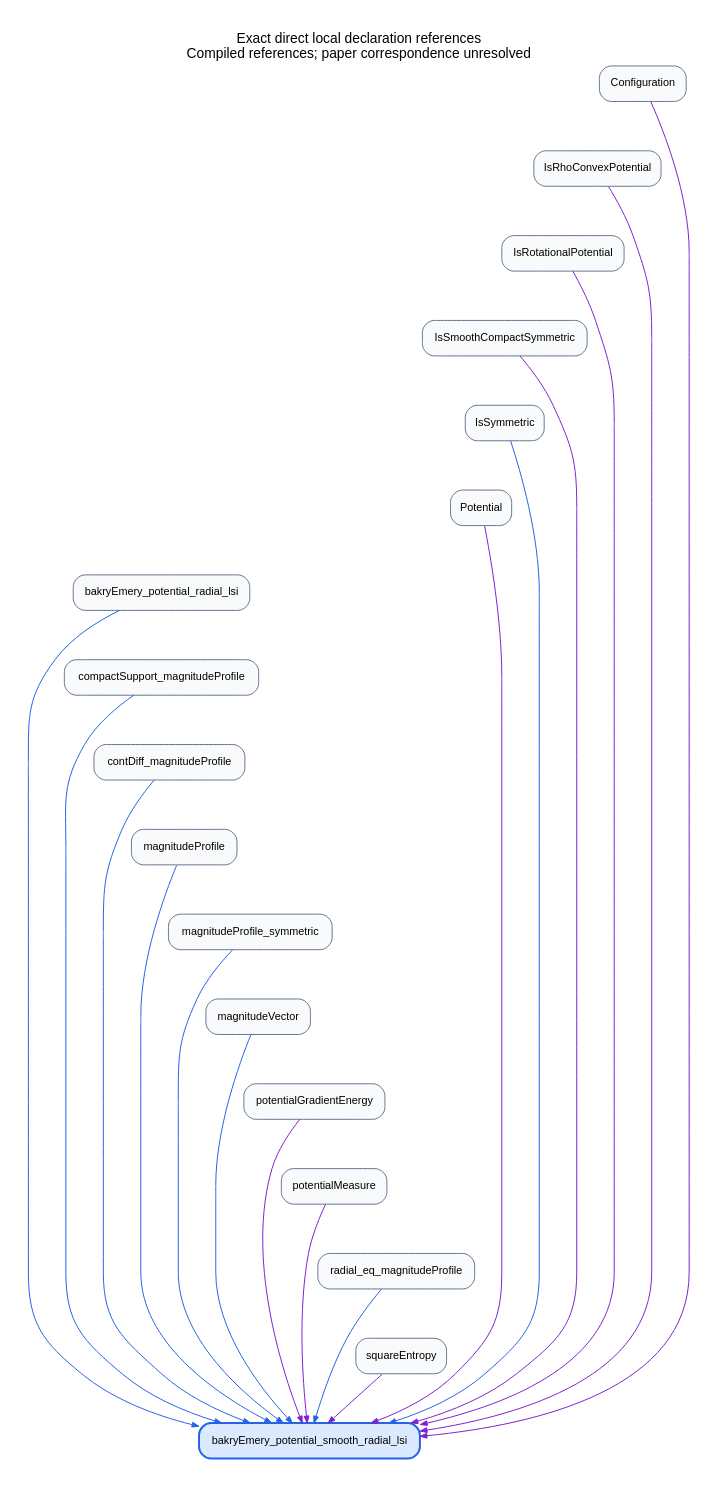
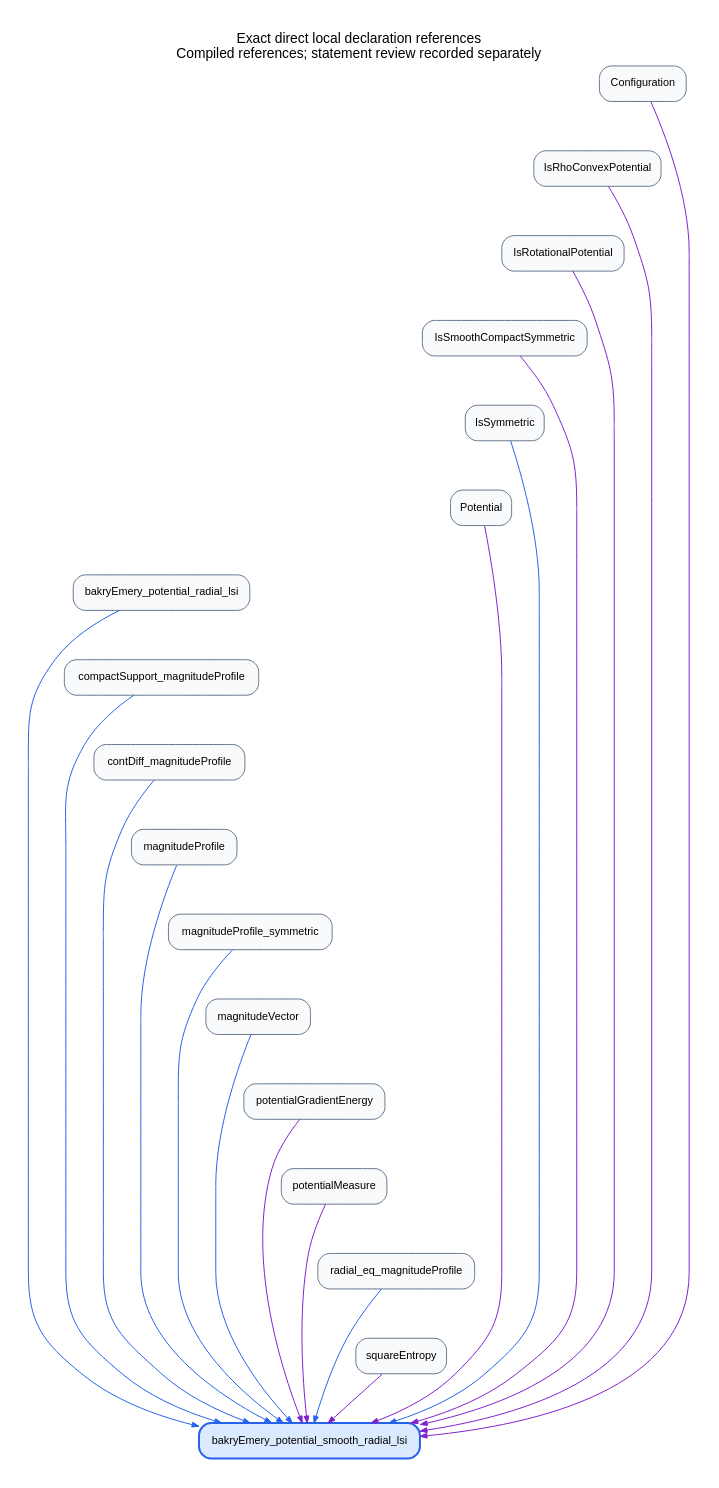
One commit to djalilchafai/ginibre-poincare changed the diagram in diagrams/formal-bakryEmery_potential_smooth_radial_lsi.dot. Above: the diagram before and after it, drawn with Graphviz. The commit also changed 418 other files, not shown here.

Commit message:
Complete paper correspondence bridges and refresh documentation

```diff
--- a/diagrams/formal-bakryEmery_potential_smooth_radial_lsi.dot
+++ b/diagrams/formal-bakryEmery_potential_smooth_radial_lsi.dot
@@ -1,54 +1,54 @@
 digraph formal_dependencies {
 rankdir=TB;
-graph [bgcolor="white", pad="0.3", nodesep="0.25", ranksep="0.7", label="Exact direct local declaration references\nCompiled references; paper correspondence unresolved", labelloc=t, fontname="sans-serif"];
+graph [bgcolor="white", pad="0.3", nodesep="0.25", ranksep="0.7", label="Exact direct local declaration references\nCompiled references; statement review recorded separately", labelloc=t, fontname="sans-serif"];
 node [shape=box, style="rounded,filled", fillcolor="#f8fafc", color="#64748b", fontname="sans-serif", fontsize=11];
 edge [arrowsize=0.7, fontname="sans-serif", fontsize=9];
 "GinibrePoincare.Configuration" [label="Configuration"];
 "GinibrePoincare.IsRhoConvexPotential" [label="IsRhoConvexPotential"];
 "GinibrePoincare.IsRotationalPotential" [label="IsRotationalPotential"];
 "GinibrePoincare.IsSmoothCompactSymmetric" [label="IsSmoothCompactSymmetric"];
 "GinibrePoincare.IsSymmetric" [label="IsSymmetric"];
 "GinibrePoincare.Potential" [label="Potential"];
 "GinibrePoincare.bakryEmery_potential_radial_lsi" [label="bakryEmery_potential_radial_lsi"];
 "GinibrePoincare.bakryEmery_potential_smooth_radial_lsi" [label="bakryEmery_potential_smooth_radial_lsi", fillcolor="#dbeafe", color="#2563eb", penwidth=2];
 "GinibrePoincare.compactSupport_magnitudeProfile" [label="compactSupport_magnitudeProfile"];
 "GinibrePoincare.contDiff_magnitudeProfile" [label="contDiff_magnitudeProfile"];
 "GinibrePoincare.magnitudeProfile" [label="magnitudeProfile"];
 "GinibrePoincare.magnitudeProfile_symmetric" [label="magnitudeProfile_symmetric"];
 "GinibrePoincare.magnitudeVector" [label="magnitudeVector"];
 "GinibrePoincare.potentialGradientEnergy" [label="potentialGradientEnergy"];
 "GinibrePoincare.potentialMeasure" [label="potentialMeasure"];
 "GinibrePoincare.radial_eq_magnitudeProfile" [label="radial_eq_magnitudeProfile"];
 "GinibrePoincare.squareEntropy" [label="squareEntropy"];
 "GinibrePoincare.Configuration" -> "GinibrePoincare.bakryEmery_potential_smooth_radial_lsi" [color="#7e22ce", tooltip="both"];
 "GinibrePoincare.IsRhoConvexPotential" -> "GinibrePoincare.bakryEmery_potential_smooth_radial_lsi" [color="#7e22ce", tooltip="both"];
 "GinibrePoincare.IsRotationalPotential" -> "GinibrePoincare.bakryEmery_potential_smooth_radial_lsi" [color="#7e22ce", tooltip="both"];
 "GinibrePoincare.IsSmoothCompactSymmetric" -> "GinibrePoincare.bakryEmery_potential_smooth_radial_lsi" [color="#7e22ce", tooltip="both"];
 "GinibrePoincare.IsSymmetric" -> "GinibrePoincare.bakryEmery_potential_smooth_radial_lsi" [color="#2563eb", tooltip="value"];
 "GinibrePoincare.Potential" -> "GinibrePoincare.bakryEmery_potential_smooth_radial_lsi" [color="#7e22ce", tooltip="both"];
 "GinibrePoincare.bakryEmery_potential_radial_lsi" -> "GinibrePoincare.bakryEmery_potential_smooth_radial_lsi" [color="#2563eb", tooltip="value"];
 "GinibrePoincare.compactSupport_magnitudeProfile" -> "GinibrePoincare.bakryEmery_potential_smooth_radial_lsi" [color="#2563eb", tooltip="value"];
 "GinibrePoincare.contDiff_magnitudeProfile" -> "GinibrePoincare.bakryEmery_potential_smooth_radial_lsi" [color="#2563eb", tooltip="value"];
 "GinibrePoincare.magnitudeProfile" -> "GinibrePoincare.bakryEmery_potential_smooth_radial_lsi" [color="#2563eb", tooltip="value"];
 "GinibrePoincare.magnitudeProfile_symmetric" -> "GinibrePoincare.bakryEmery_potential_smooth_radial_lsi" [color="#2563eb", tooltip="value"];
 "GinibrePoincare.magnitudeVector" -> "GinibrePoincare.bakryEmery_potential_smooth_radial_lsi" [color="#2563eb", tooltip="value"];
 "GinibrePoincare.potentialGradientEnergy" -> "GinibrePoincare.bakryEmery_potential_smooth_radial_lsi" [color="#7e22ce", tooltip="both"];
 "GinibrePoincare.potentialMeasure" -> "GinibrePoincare.bakryEmery_potential_smooth_radial_lsi" [color="#7e22ce", tooltip="both"];
 "GinibrePoincare.radial_eq_magnitudeProfile" -> "GinibrePoincare.bakryEmery_potential_smooth_radial_lsi" [color="#2563eb", tooltip="value"];
 "GinibrePoincare.squareEntropy" -> "GinibrePoincare.bakryEmery_potential_smooth_radial_lsi" [color="#7e22ce", tooltip="both"];
 "GinibrePoincare.Configuration" -> "GinibrePoincare.IsRhoConvexPotential" [style=invis];
 "GinibrePoincare.IsRhoConvexPotential" -> "GinibrePoincare.IsRotationalPotential" [style=invis];
 "GinibrePoincare.IsRotationalPotential" -> "GinibrePoincare.IsSmoothCompactSymmetric" [style=invis];
 "GinibrePoincare.IsSmoothCompactSymmetric" -> "GinibrePoincare.IsSymmetric" [style=invis];
 "GinibrePoincare.IsSymmetric" -> "GinibrePoincare.Potential" [style=invis];
 "GinibrePoincare.Potential" -> "GinibrePoincare.bakryEmery_potential_radial_lsi" [style=invis];
 "GinibrePoincare.bakryEmery_potential_radial_lsi" -> "GinibrePoincare.compactSupport_magnitudeProfile" [style=invis];
 "GinibrePoincare.compactSupport_magnitudeProfile" -> "GinibrePoincare.contDiff_magnitudeProfile" [style=invis];
 "GinibrePoincare.contDiff_magnitudeProfile" -> "GinibrePoincare.magnitudeProfile" [style=invis];
 "GinibrePoincare.magnitudeProfile" -> "GinibrePoincare.magnitudeProfile_symmetric" [style=invis];
 "GinibrePoincare.magnitudeProfile_symmetric" -> "GinibrePoincare.magnitudeVector" [style=invis];
 "GinibrePoincare.magnitudeVector" -> "GinibrePoincare.potentialGradientEnergy" [style=invis];
 "GinibrePoincare.potentialGradientEnergy" -> "GinibrePoincare.potentialMeasure" [style=invis];
 "GinibrePoincare.potentialMeasure" -> "GinibrePoincare.radial_eq_magnitudeProfile" [style=invis];
 "GinibrePoincare.radial_eq_magnitudeProfile" -> "GinibrePoincare.squareEntropy" [style=invis];
 }
```
